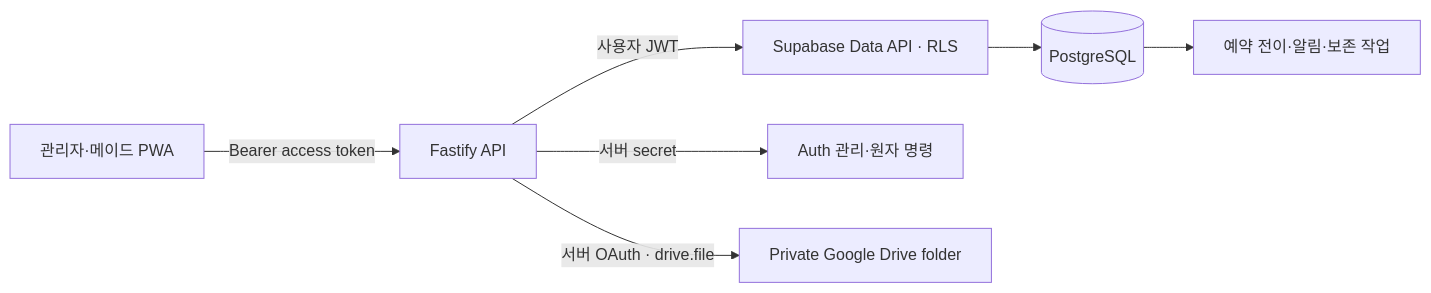
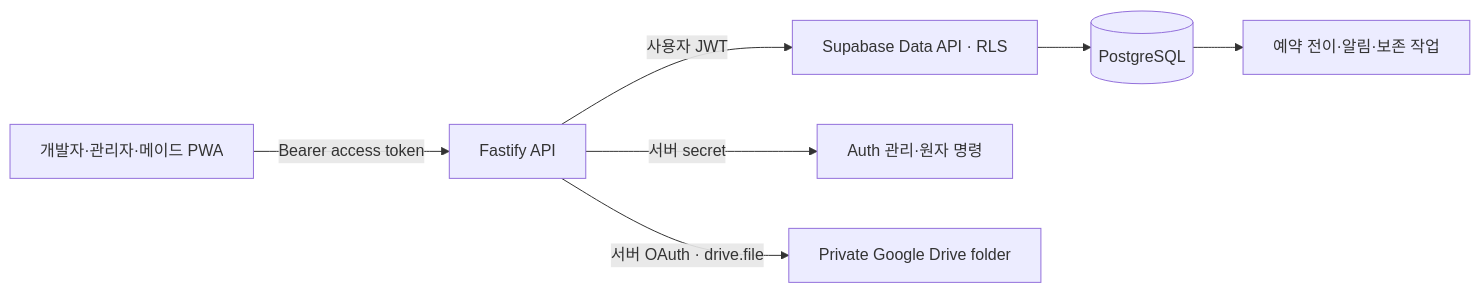
Before and after one commit to wrongstory/room-management-system-backend: the first of 2 diagrams in docs/ARCHITECTURE.md, drawn with Mermaid. The commit also changed other lines of this file and 23 other files, not shown here.

````diff
--- a/docs/ARCHITECTURE.md
+++ b/docs/ARCHITECTURE.md
@@ -18,9 +18,9 @@
 ```mermaid
 flowchart LR
-  UI[관리자·메이드 PWA] -->|Bearer access token| API[Fastify API]
+  UI[개발자·관리자·메이드 PWA] -->|Bearer access token| API[Fastify API]
   API -->|사용자 JWT| DATA[Supabase Data API · RLS]
   API -->|서버 secret| ADMIN[Auth 관리·원자 명령]
   DATA --> DB[(PostgreSQL)]
   API -->|서버 OAuth · drive.file| DRIVE[Private Google Drive folder]
   DB --> JOBS[예약 전이·알림·보존 작업]
 ```
````
